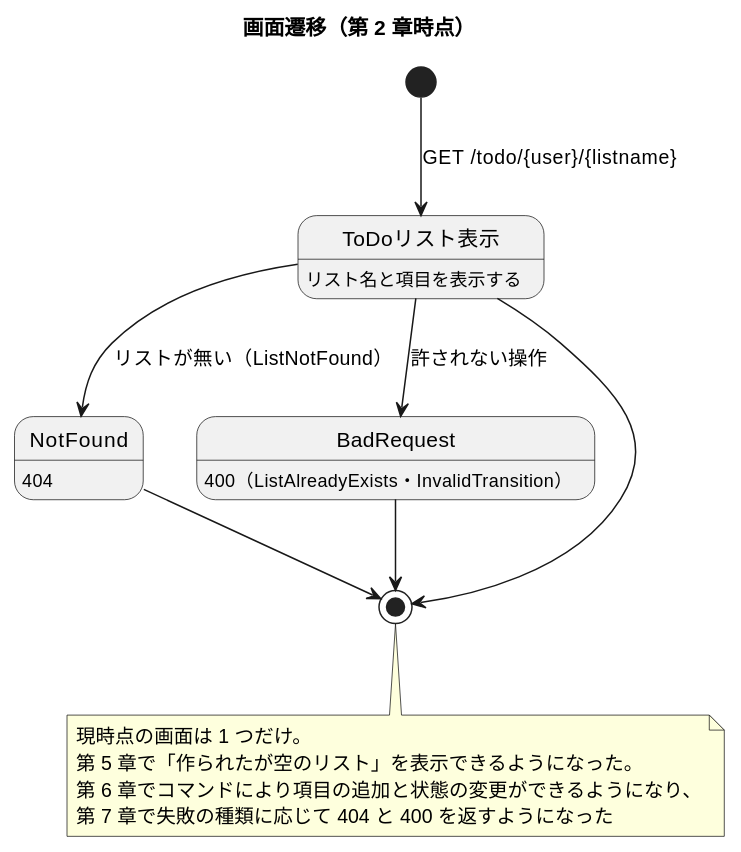
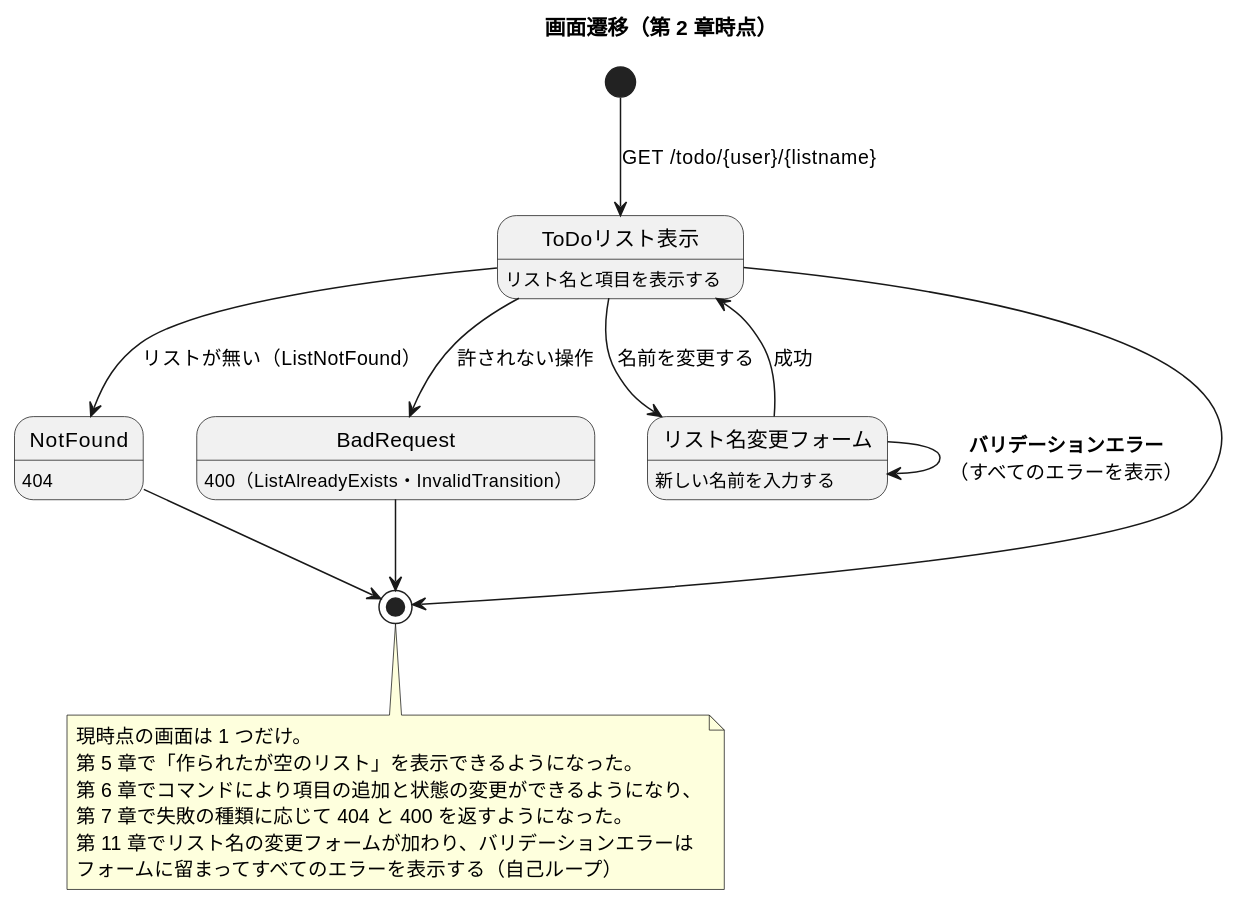
The fourth of 4 diagrams in docs/design/ui_design.md (k2works/from-objects-to-functions-excersice), drawn with PlantUML before and after one commit. The commit also changed other lines of this file and 20 other files, not shown here.

````diff
--- a/docs/design/ui_design.md
+++ b/docs/design/ui_design.md
@@ -88,25 +91,32 @@
 ```plantuml
 @startuml
 title 画面遷移（第 2 章時点）
 
 [*] --> ToDoリスト表示 : GET /todo/{user}/{listname}
 
 state ToDoリスト表示 : リスト名と項目を表示する
 state NotFound : 404
 
 state BadRequest : 400（ListAlreadyExists・InvalidTransition）
 
+state リスト名変更フォーム : 新しい名前を入力する
+
+ToDoリスト表示 --> リスト名変更フォーム : 名前を変更する
+リスト名変更フォーム --> ToDoリスト表示 : 成功
+リスト名変更フォーム --> リスト名変更フォーム : **バリデーションエラー**\n（すべてのエラーを表示）
 ToDoリスト表示 --> NotFound : リストが無い（ListNotFound）
 ToDoリスト表示 --> BadRequest : 許されない操作
 NotFound --> [*]
 BadRequest --> [*]
 ToDoリスト表示 --> [*]
 
 note bottom
   現時点の画面は 1 つだけ。
   第 5 章で「作られたが空のリスト」を表示できるようになった。
   第 6 章でコマンドにより項目の追加と状態の変更ができるようになり、
-  第 7 章で失敗の種類に応じて 404 と 400 を返すようになった
+  第 7 章で失敗の種類に応じて 404 と 400 を返すようになった。
+  第 11 章でリスト名の変更フォームが加わり、バリデーションエラーは
+  フォームに留まってすべてのエラーを表示する（自己ループ）
 end note
 @enduml
 ```
````
